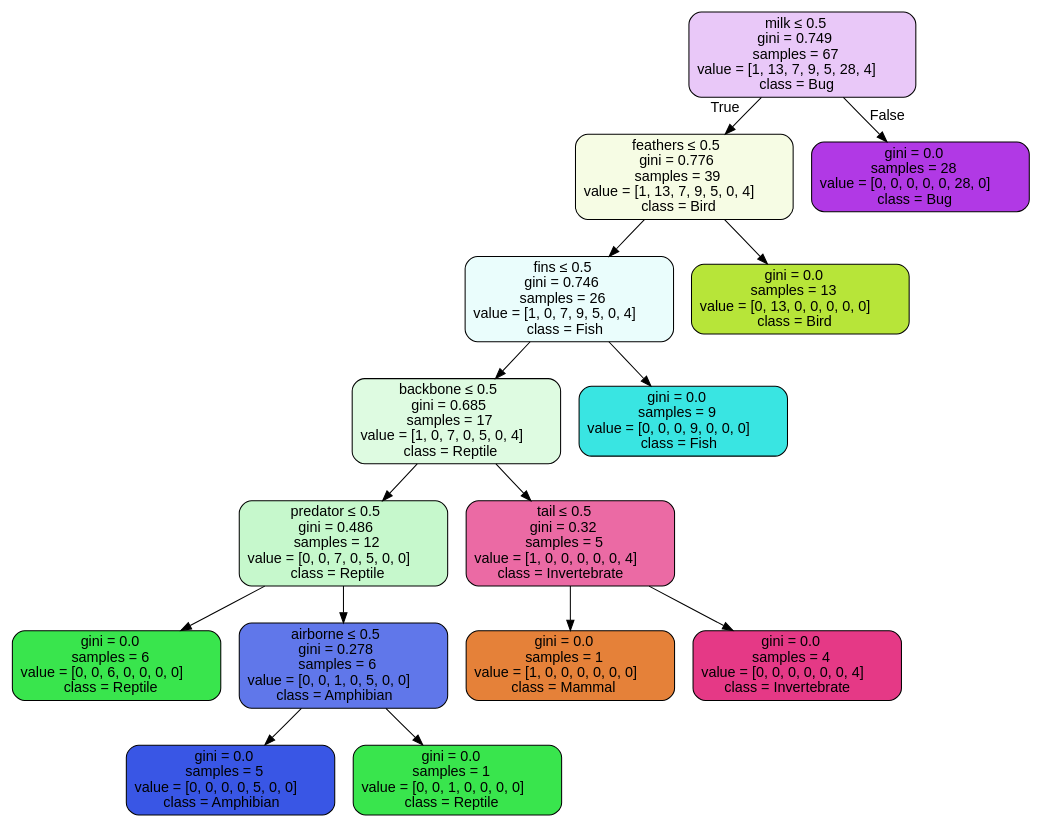
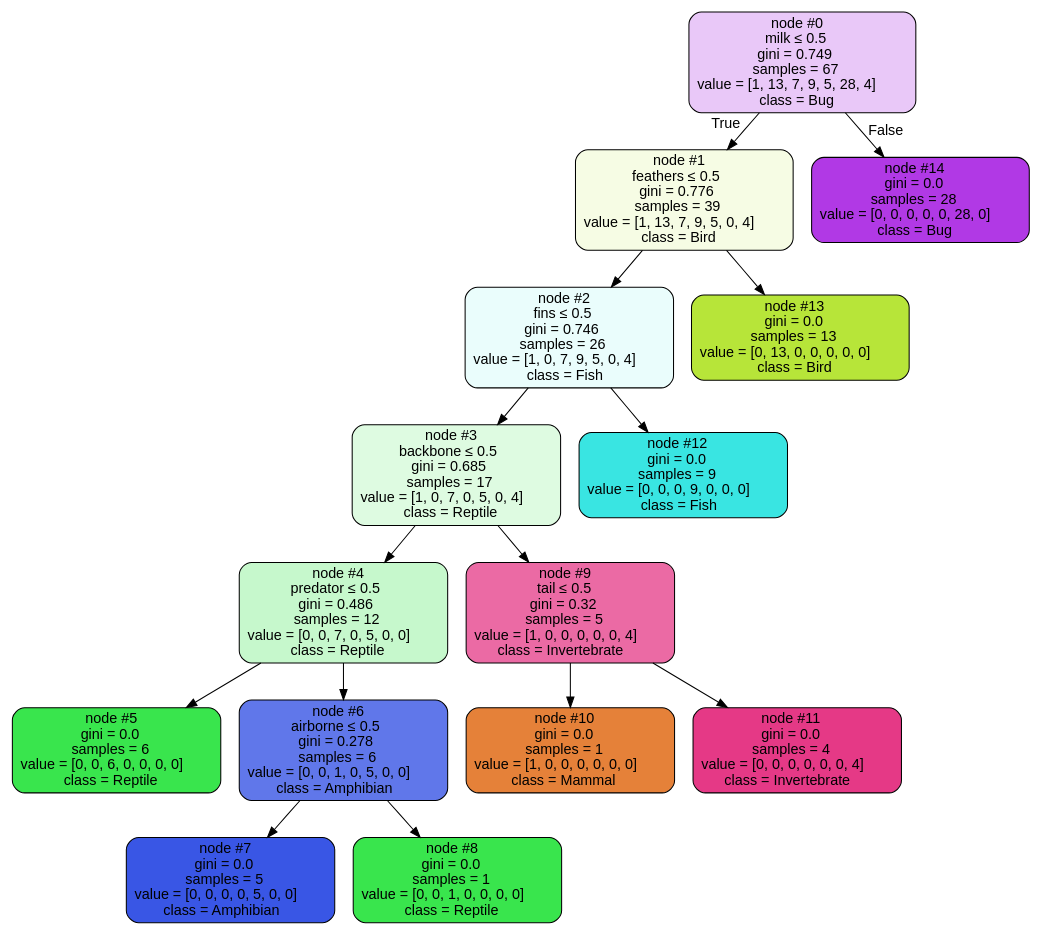
One commit to chiu/decision-tree-visualizer changed the diagram in preprocessing/zoo.dot. Above: the diagram before and after it, drawn with Graphviz. The commit also changed 16 other files, not shown here.

```diff
--- a/preprocessing/zoo.dot
+++ b/preprocessing/zoo.dot
@@ -1,33 +1,33 @@
 digraph Tree {
 node [shape=box, style="filled, rounded", color="black", fontname=helvetica] ;
 edge [fontname=helvetica] ;
-0 [label=<milk &le; 0.5<br/>gini = 0.749<br/>samples = 67<br/>value = [1, 13, 7, 9, 5, 28, 4]<br/>class = Bug>, fillcolor="#b139e547"] ;
-1 [label=<feathers &le; 0.5<br/>gini = 0.776<br/>samples = 39<br/>value = [1, 13, 7, 9, 5, 0, 4]<br/>class = Bird>, fillcolor="#b7e53922"] ;
+0 [label=<node &#35;0<br/>milk &le; 0.5<br/>gini = 0.749<br/>samples = 67<br/>value = [1, 13, 7, 9, 5, 28, 4]<br/>class = Bug>, fillcolor="#b139e547"] ;
+1 [label=<node &#35;1<br/>feathers &le; 0.5<br/>gini = 0.776<br/>samples = 39<br/>value = [1, 13, 7, 9, 5, 0, 4]<br/>class = Bird>, fillcolor="#b7e53922"] ;
 0 -> 1 [labeldistance=2.5, labelangle=45, headlabel="True"] ;
-2 [label=<fins &le; 0.5<br/>gini = 0.746<br/>samples = 26<br/>value = [1, 0, 7, 9, 5, 0, 4]<br/>class = Fish>, fillcolor="#39e5e21b"] ;
+2 [label=<node &#35;2<br/>fins &le; 0.5<br/>gini = 0.746<br/>samples = 26<br/>value = [1, 0, 7, 9, 5, 0, 4]<br/>class = Fish>, fillcolor="#39e5e21b"] ;
 1 -> 2 ;
-3 [label=<backbone &le; 0.5<br/>gini = 0.685<br/>samples = 17<br/>value = [1, 0, 7, 0, 5, 0, 4]<br/>class = Reptile>, fillcolor="#39e54d2a"] ;
+3 [label=<node &#35;3<br/>backbone &le; 0.5<br/>gini = 0.685<br/>samples = 17<br/>value = [1, 0, 7, 0, 5, 0, 4]<br/>class = Reptile>, fillcolor="#39e54d2a"] ;
 2 -> 3 ;
-4 [label=<predator &le; 0.5<br/>gini = 0.486<br/>samples = 12<br/>value = [0, 0, 7, 0, 5, 0, 0]<br/>class = Reptile>, fillcolor="#39e54d49"] ;
+4 [label=<node &#35;4<br/>predator &le; 0.5<br/>gini = 0.486<br/>samples = 12<br/>value = [0, 0, 7, 0, 5, 0, 0]<br/>class = Reptile>, fillcolor="#39e54d49"] ;
 3 -> 4 ;
-5 [label=<gini = 0.0<br/>samples = 6<br/>value = [0, 0, 6, 0, 0, 0, 0]<br/>class = Reptile>, fillcolor="#39e54dff"] ;
+5 [label=<node &#35;5<br/>gini = 0.0<br/>samples = 6<br/>value = [0, 0, 6, 0, 0, 0, 0]<br/>class = Reptile>, fillcolor="#39e54dff"] ;
 4 -> 5 ;
-6 [label=<airborne &le; 0.5<br/>gini = 0.278<br/>samples = 6<br/>value = [0, 0, 1, 0, 5, 0, 0]<br/>class = Amphibian>, fillcolor="#3956e5cc"] ;
+6 [label=<node &#35;6<br/>airborne &le; 0.5<br/>gini = 0.278<br/>samples = 6<br/>value = [0, 0, 1, 0, 5, 0, 0]<br/>class = Amphibian>, fillcolor="#3956e5cc"] ;
 4 -> 6 ;
-7 [label=<gini = 0.0<br/>samples = 5<br/>value = [0, 0, 0, 0, 5, 0, 0]<br/>class = Amphibian>, fillcolor="#3956e5ff"] ;
+7 [label=<node &#35;7<br/>gini = 0.0<br/>samples = 5<br/>value = [0, 0, 0, 0, 5, 0, 0]<br/>class = Amphibian>, fillcolor="#3956e5ff"] ;
 6 -> 7 ;
-8 [label=<gini = 0.0<br/>samples = 1<br/>value = [0, 0, 1, 0, 0, 0, 0]<br/>class = Reptile>, fillcolor="#39e54dff"] ;
+8 [label=<node &#35;8<br/>gini = 0.0<br/>samples = 1<br/>value = [0, 0, 1, 0, 0, 0, 0]<br/>class = Reptile>, fillcolor="#39e54dff"] ;
 6 -> 8 ;
-9 [label=<tail &le; 0.5<br/>gini = 0.32<br/>samples = 5<br/>value = [1, 0, 0, 0, 0, 0, 4]<br/>class = Invertebrate>, fillcolor="#e53986bf"] ;
+9 [label=<node &#35;9<br/>tail &le; 0.5<br/>gini = 0.32<br/>samples = 5<br/>value = [1, 0, 0, 0, 0, 0, 4]<br/>class = Invertebrate>, fillcolor="#e53986bf"] ;
 3 -> 9 ;
-10 [label=<gini = 0.0<br/>samples = 1<br/>value = [1, 0, 0, 0, 0, 0, 0]<br/>class = Mammal>, fillcolor="#e58139ff"] ;
+10 [label=<node &#35;10<br/>gini = 0.0<br/>samples = 1<br/>value = [1, 0, 0, 0, 0, 0, 0]<br/>class = Mammal>, fillcolor="#e58139ff"] ;
 9 -> 10 ;
-11 [label=<gini = 0.0<br/>samples = 4<br/>value = [0, 0, 0, 0, 0, 0, 4]<br/>class = Invertebrate>, fillcolor="#e53986ff"] ;
+11 [label=<node &#35;11<br/>gini = 0.0<br/>samples = 4<br/>value = [0, 0, 0, 0, 0, 0, 4]<br/>class = Invertebrate>, fillcolor="#e53986ff"] ;
 9 -> 11 ;
-12 [label=<gini = 0.0<br/>samples = 9<br/>value = [0, 0, 0, 9, 0, 0, 0]<br/>class = Fish>, fillcolor="#39e5e2ff"] ;
+12 [label=<node &#35;12<br/>gini = 0.0<br/>samples = 9<br/>value = [0, 0, 0, 9, 0, 0, 0]<br/>class = Fish>, fillcolor="#39e5e2ff"] ;
 2 -> 12 ;
-13 [label=<gini = 0.0<br/>samples = 13<br/>value = [0, 13, 0, 0, 0, 0, 0]<br/>class = Bird>, fillcolor="#b7e539ff"] ;
+13 [label=<node &#35;13<br/>gini = 0.0<br/>samples = 13<br/>value = [0, 13, 0, 0, 0, 0, 0]<br/>class = Bird>, fillcolor="#b7e539ff"] ;
 1 -> 13 ;
-14 [label=<gini = 0.0<br/>samples = 28<br/>value = [0, 0, 0, 0, 0, 28, 0]<br/>class = Bug>, fillcolor="#b139e5ff"] ;
+14 [label=<node &#35;14<br/>gini = 0.0<br/>samples = 28<br/>value = [0, 0, 0, 0, 0, 28, 0]<br/>class = Bug>, fillcolor="#b139e5ff"] ;
 0 -> 14 [labeldistance=2.5, labelangle=-45, headlabel="False"] ;
 }
```
